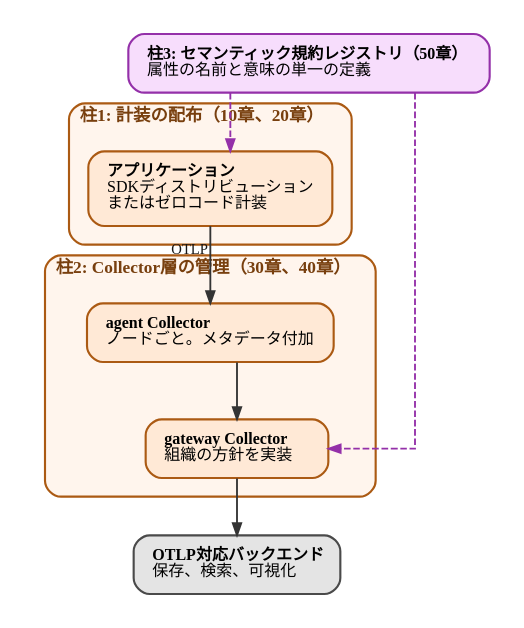
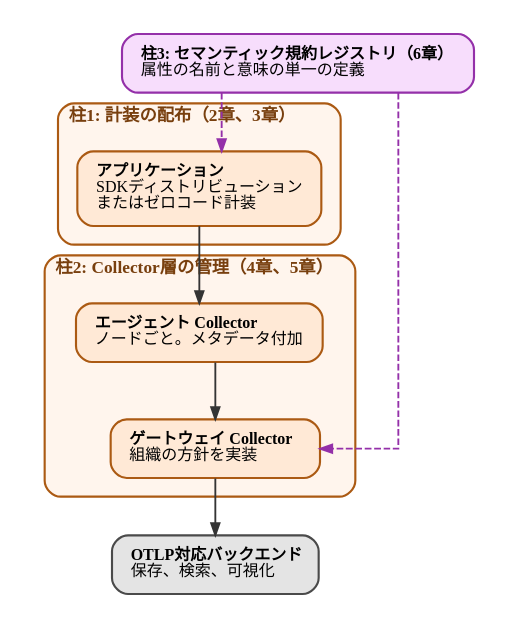
The diagram in diagrams/observability-platform-with-otel/20260926-three-pillars.dot (ymotongpoo/zenn.dev), drawn with Graphviz before and after one commit. The commit also changed 27 other files, not shown here.

```diff
--- a/diagrams/observability-platform-with-otel/20260926-three-pillars.dot
+++ b/diagrams/observability-platform-with-otel/20260926-three-pillars.dot
@@ -1,48 +1,51 @@
 // セルフサービステレメトリー基盤の3本柱
 digraph three_pillars {
   graph [
     fontname="IBM Plex Sans JP", fontsize=13,
     rankdir=TB, compound=true, splines=ortho,
     nodesep=0.5, ranksep=0.6, pad=0.25,
     bgcolor="white", newrank=true
   ];
   node [
     fontname="IBM Plex Sans JP", fontsize=12,
     shape=box, style="rounded,filled",
     fillcolor="#E4E4E4", color="#4A4A4A", penwidth=1.6,
     margin="0.2,0.14"
   ];
   edge [
     fontname="IBM Plex Sans JP", fontsize=11,
     color="#343434", penwidth=1.4, arrowsize=0.9,
     fontcolor="#171717"
   ];
 
   subgraph cluster_pillar1 {
-    label=<<b>柱1: 計装の配布（10章、20章）</b>>;
+    label=<<b>柱1: 計装の配布（2章、3章）</b>>;
     labeljust="l"; style="rounded"; penwidth=1.6;
     color="#AB5A13"; bgcolor="#FFF5ED"; fontcolor="#783F0E"; margin=14;
     app [label=<<b>アプリケーション</b><br align="left"/>SDKディストリビューション<br align="left"/>またはゼロコード計装<br align="left"/>>, fillcolor="#FFE9D6", color="#AB5A13"];
   }
 
   subgraph cluster_pillar2 {
-    label=<<b>柱2: Collector層の管理（30章、40章）</b>>;
+    label=<<b>柱2: Collector層の管理（4章、5章）</b>>;
     labeljust="l"; style="rounded"; penwidth=1.6;
     color="#AB5A13"; bgcolor="#FFF5ED"; fontcolor="#783F0E"; margin=14;
-    agent [label=<<b>agent Collector</b><br align="left"/>ノードごと。メタデータ付加<br align="left"/>>, fillcolor="#FFE9D6", color="#AB5A13"];
-    gateway [label=<<b>gateway Collector</b><br align="left"/>組織の方針を実装<br align="left"/>>, fillcolor="#FFE9D6", color="#AB5A13"];
+    agent [label=<<b>エージェント Collector</b><br align="left"/>ノードごと。メタデータ付加<br align="left"/>>, fillcolor="#FFE9D6", color="#AB5A13"];
+    gateway [label=<<b>ゲートウェイ Collector</b><br align="left"/>組織の方針を実装<br align="left"/>>, fillcolor="#FFE9D6", color="#AB5A13"];
   }
 
   backend [label=<<b>OTLP対応バックエンド</b><br align="left"/>保存、検索、可視化<br align="left"/>>];
 
-  registry [label=<<b>柱3: セマンティック規約レジストリ（50章）</b><br align="left"/>属性の名前と意味の単一の定義<br align="left"/>>, fillcolor="#F7DDFC", color="#9430A9"];
+  registry [label=<<b>柱3: セマンティック規約レジストリ（6章）</b><br align="left"/>属性の名前と意味の単一の定義<br align="left"/>>, fillcolor="#F7DDFC", color="#9430A9"];
 
-  app -> agent [xlabel=" OTLP"];
+  // 「OTLP」のラベルは置かない。柱1と柱2の枠の間の狭い隙間に配置され、
+  // 両方の枠線を跨ぐ。実線がテレメトリーの流れであることはキャプションが
+  // 述べており、OTLPは本文で説明している。
+  app -> agent;
   agent -> gateway;
   gateway -> backend;
 
   // 点線の意味（レジストリから生成した成果物の配布先）はキャプションが
   // 述べている。ラベルを置くと矢印の線の上に文字が乗る。
   registry -> app [style=dashed, color="#9430A9", fontcolor="#6A2278"];
   registry -> gateway [style=dashed, color="#9430A9", fontcolor="#6A2278"];
 }
```
